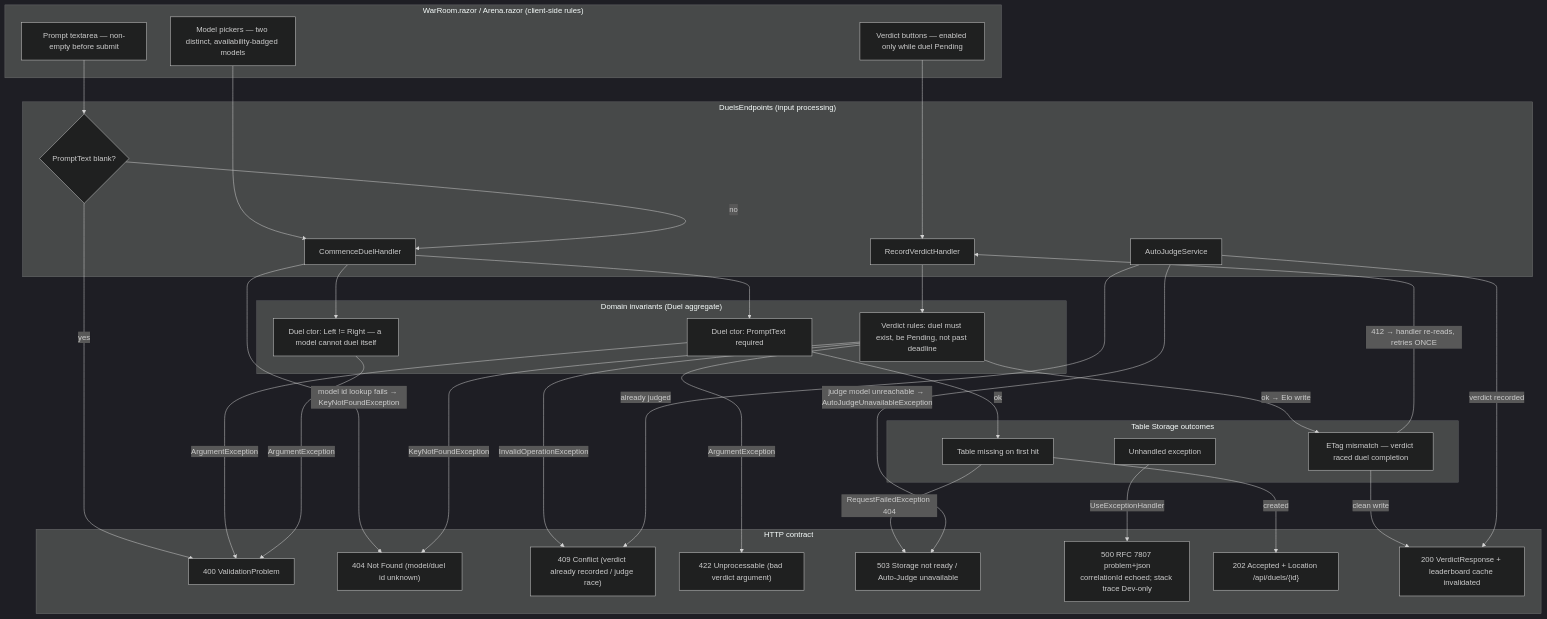
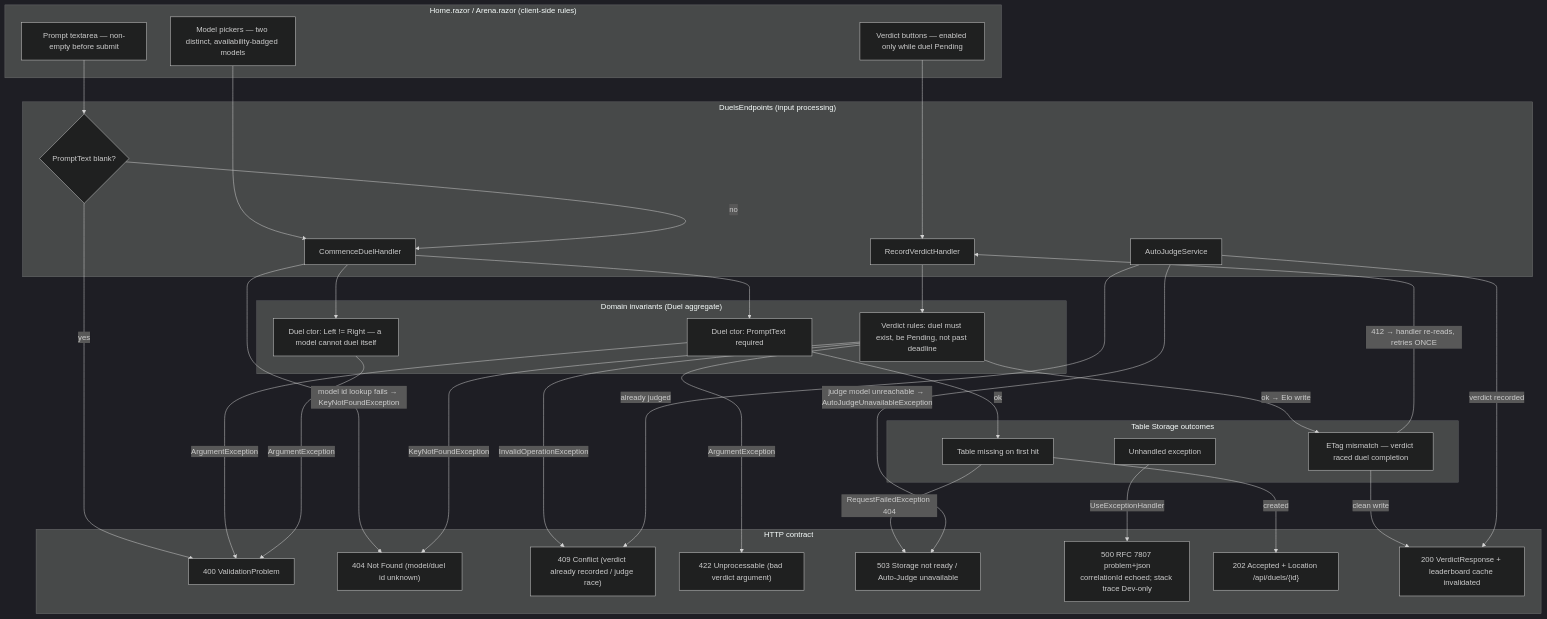
Before and after one commit to punkouter26/PoLocalCompare: the diagram in docs/Flow_Validation_Failures.mmd, drawn with Mermaid (dark theme). The commit also changed 15 other files, not shown here.

```diff
--- a/docs/Flow_Validation_Failures.mmd
+++ b/docs/Flow_Validation_Failures.mmd
@@ -1,68 +1,68 @@
 %% Validation & failure mapping inside the Duels vertical slice —
 %% UI component rules through endpoint guards, domain invariants, and storage races,
 %% each mapped to its HTTP contract. RFC 7807 problem+json is the terminal net.
 graph TD
-    subgraph UI["WarRoom.razor / Arena.razor (client-side rules)"]
+    subgraph UI["Home.razor / Arena.razor (client-side rules)"]
         U1["Prompt textarea — non-empty before submit"]
         U2["Model pickers — two distinct, availability-badged models"]
         U3["Verdict buttons — enabled only while duel Pending"]
     end
 
     subgraph EP["DuelsEndpoints (input processing)"]
         G1{"PromptText blank?"}
         G2["CommenceDuelHandler"]
         G3["RecordVerdictHandler"]
         G4["AutoJudgeService"]
     end
 
     subgraph DOM["Domain invariants (Duel aggregate)"]
         D1["Duel ctor: PromptText required"]
         D2["Duel ctor: Left != Right — a model cannot duel itself"]
         D3["Verdict rules: duel must exist, be Pending, not past deadline"]
     end
 
     subgraph STORE["Table Storage outcomes"]
         S1["Table missing on first hit"]
         S2["ETag mismatch — verdict raced duel completion"]
         S3["Unhandled exception"]
     end
 
     subgraph HTTP["HTTP contract"]
         R400["400 ValidationProblem"]
         R404["404 Not Found (model/duel id unknown)"]
         R409["409 Conflict (verdict already recorded / judge race)"]
         R422["422 Unprocessable (bad verdict argument)"]
         R503["503 Storage not ready / Auto-Judge unavailable"]
         R500["500 RFC 7807 problem+json<br/>correlationId echoed; stack trace Dev-only"]
         R202["202 Accepted + Location /api/duels/{id}"]
         R200["200 VerdictResponse + leaderboard cache invalidated"]
     end
 
     U1 --> G1
     U2 --> G2
     U3 --> G3
 
     G1 -->|"yes"| R400
     G1 -->|"no"| G2
     G2 --> D1
     G2 --> D2
     G2 -->|"model id lookup fails → KeyNotFoundException"| R404
     D1 -->|"ArgumentException"| R400
     D2 -->|"ArgumentException"| R400
     D1 -->|"ok"| S1
     S1 -->|"RequestFailedException 404"| R503
     S1 -->|"created"| R202
 
     G3 --> D3
     D3 -->|"InvalidOperationException"| R409
     D3 -->|"ArgumentException"| R422
     D3 -->|"KeyNotFoundException"| R404
     D3 -->|"ok → Elo write"| S2
     S2 -->|"412 → handler re-reads, retries ONCE"| G3
     S2 -->|"clean write"| R200
 
     G4 -->|"judge model unreachable → AutoJudgeUnavailableException"| R503
     G4 -->|"already judged"| R409
     G4 -->|"verdict recorded"| R200
 
     S3 -->|"UseExceptionHandler"| R500
```
